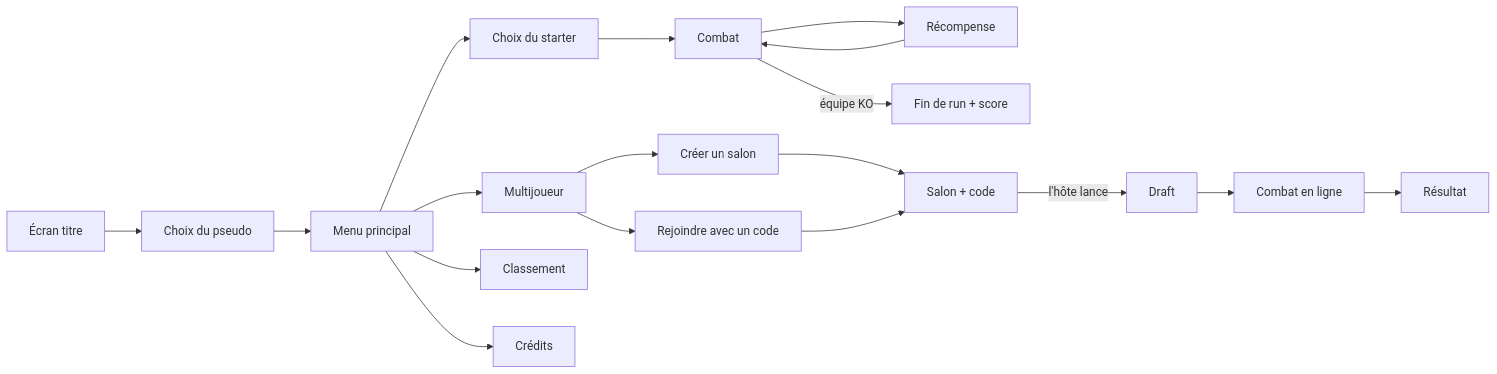
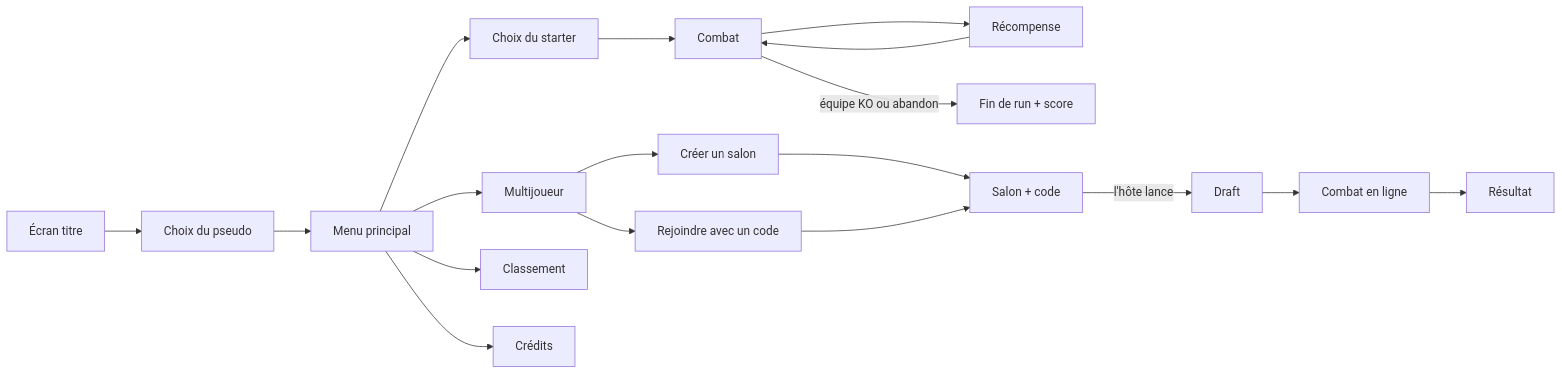
The diagram in docs/01-GAME-DESIGN.md (kifuj/Dark-Dungeon-Fantasy-Boss-Battle), drawn with Mermaid before and after one commit. The commit also changed other lines of this file and 14 other files, not shown here.

````diff
--- a/docs/01-GAME-DESIGN.md
+++ b/docs/01-GAME-DESIGN.md
@@ -173,13 +204,13 @@
 ```mermaid
 flowchart LR
   T[Écran titre] --> P[Choix du pseudo]
   P --> M[Menu principal]
   M --> S1[Choix du starter] --> C[Combat] --> R[Récompense] --> C
-  C -->|équipe KO| F[Fin de run + score]
+  C -->|équipe KO ou abandon| F[Fin de run + score]
   M --> L[Multijoueur]
   L --> L1[Créer un salon] --> SA[Salon + code]
   L --> L2[Rejoindre avec un code] --> SA
   SA -->|l'hôte lance| D[Draft] --> CM[Combat en ligne] --> RES[Résultat]
   M --> CL[Classement]
   M --> CR[Crédits]
 ```
````
